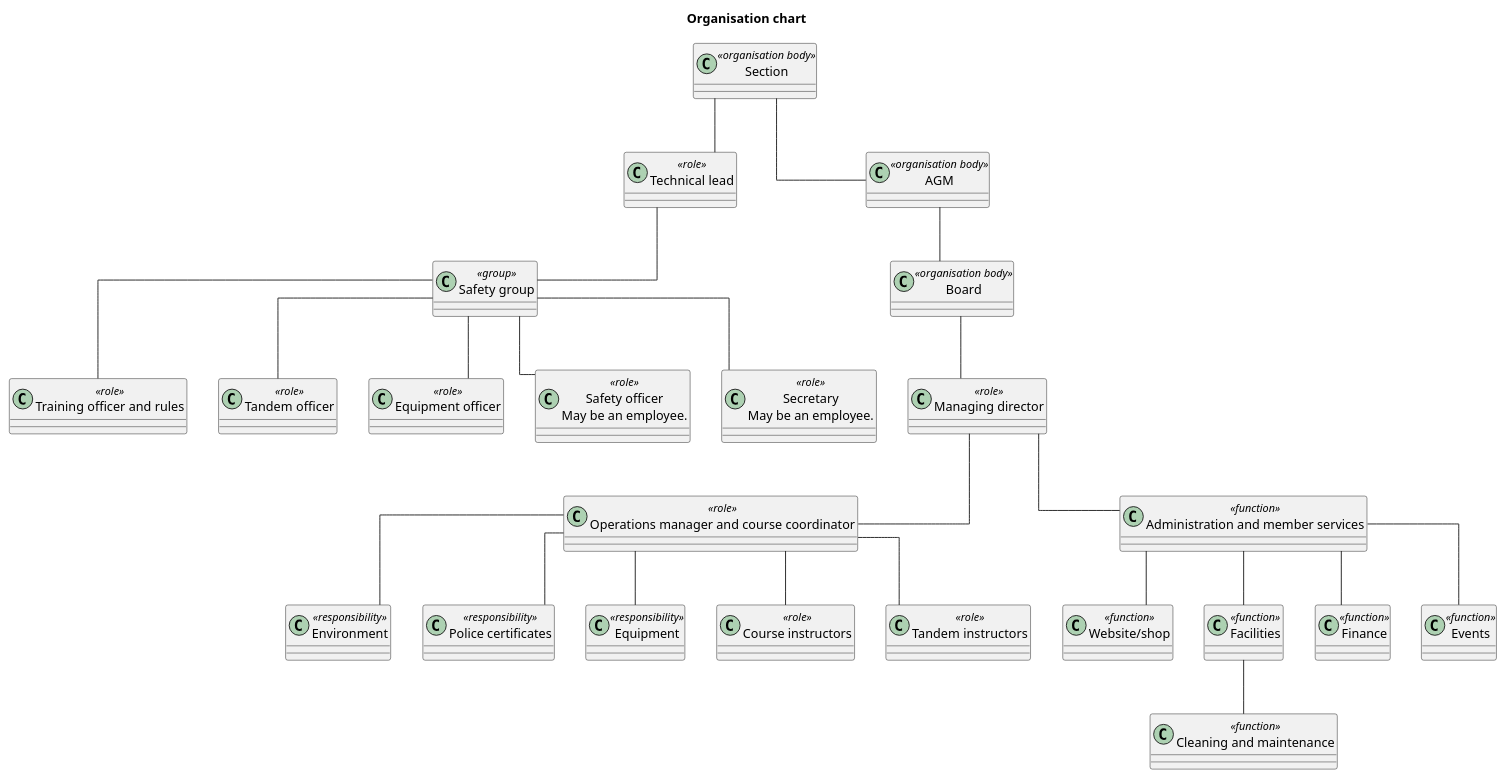
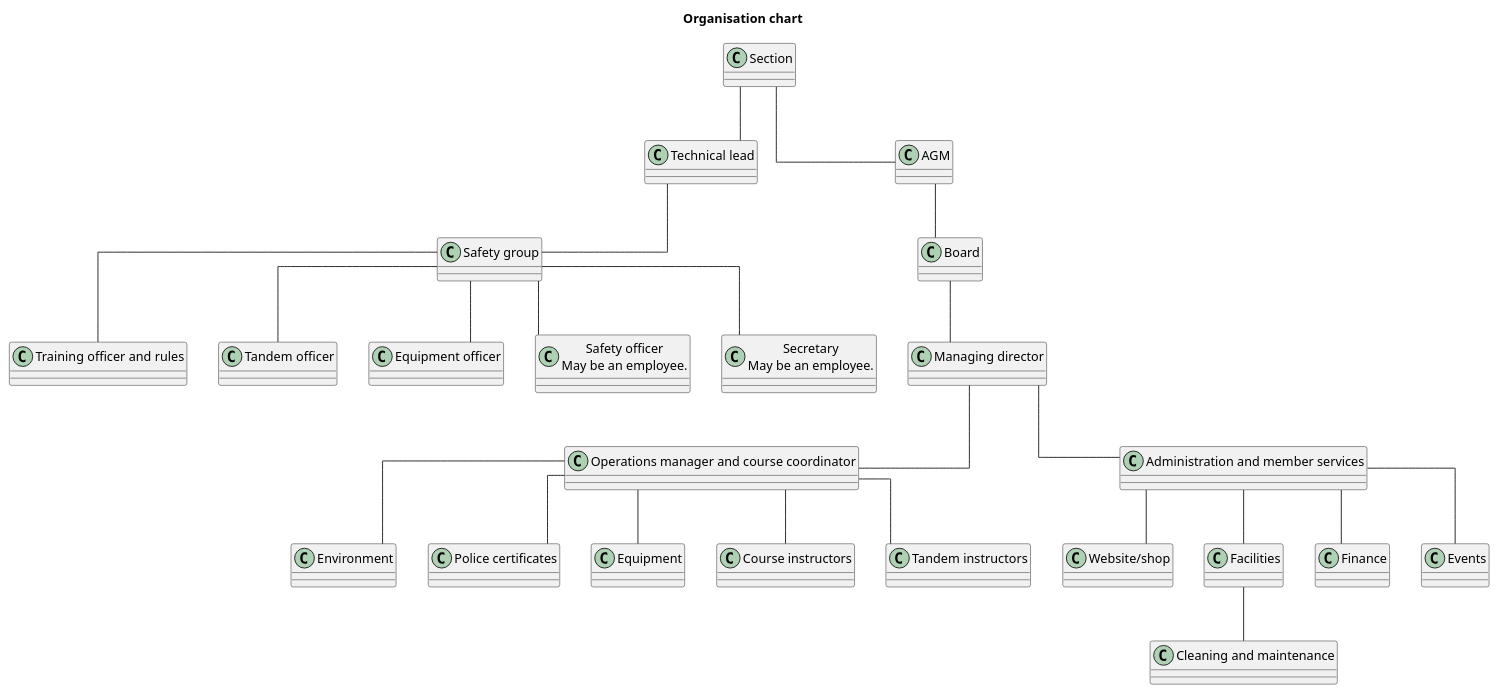
Before and after one commit to vosshpk/wiki: the diagram in en/governance/organisation-plan.md, drawn with PlantUML. The commit also changed 3 other files, not shown here.

Commit message:
Org. plan + strategy update and UML

````diff
--- a/en/governance/organisation-plan.md
+++ b/en/governance/organisation-plan.md
@@ -9,53 +9,53 @@
 ```plantuml
 title Organisation chart
 top to bottom direction
 skinparam classAttributeIconSize 0
 skinparam linetype ortho
 
-class "Section" as Section <<organisation body>>
-class "Technical lead" as TechnicalLead <<role>>
-class "Safety group" as SafetyGroup <<group>>
-class "Training officer and rules" as TrainingRules <<role>>
-class "Tandem officer" as TandemOfficer <<role>>
-class "Equipment officer" as EquipmentOfficer <<role>>
-class "Safety officer\nMay be an employee." as SafetyOfficer <<role>>
-class "Secretary\nMay be an employee." as Secretary <<role>>
-class "AGM" as AGM <<organisation body>>
-class "Board" as Board <<organisation body>>
-class "Managing director" as ManagingDirector <<role>>
-class "Operations manager and course coordinator" as OperationsCourse <<role>>
-class "Environment" as Environment <<responsibility>>
-class "Police certificates" as PoliceCertificates <<responsibility>>
-class "Equipment" as Equipment <<responsibility>>
-class "Course instructors" as CourseInstructors <<role>>
-class "Tandem instructors" as TandemInstructors <<role>>
-class "Administration and member services" as Administration <<function>>
-class "Website/shop" as WebsiteShop <<function>>
-class "Facilities" as Facilities <<function>>
-class "Cleaning and maintenance" as CleaningMaintenance <<function>>
-class "Finance" as Finance <<function>>
-class "Events" as Events <<function>>
+class "Section" as Section
+class "Technical lead" as TechnicalLead
+class "Safety group" as SafetyGroup
+class "Training officer and rules" as TrainingRules
+class "Tandem officer" as TandemOfficer
+class "Equipment officer" as EquipmentOfficer
+class "Safety officer\nMay be an employee." as SafetyOfficer
+class "Secretary\nMay be an employee." as Secretary
+class "AGM" as AGM
+class "Board" as Board
+class "Managing director" as ManagingDirector
+class "Operations manager and course coordinator" as OperationsCourse
+class "Environment" as Environment
+class "Police certificates" as PoliceCertificates
+class "Equipment" as Equipment
+class "Course instructors" as CourseInstructors
+class "Tandem instructors" as TandemInstructors
+class "Administration and member services" as Administration
+class "Website/shop" as WebsiteShop
+class "Facilities" as Facilities
+class "Cleaning and maintenance" as CleaningMaintenance
+class "Finance" as Finance
+class "Events" as Events
 
 Section -- TechnicalLead
 Section -- AGM
 TechnicalLead -- SafetyGroup
 SafetyGroup -- TrainingRules
 SafetyGroup -- TandemOfficer
 SafetyGroup -- EquipmentOfficer
 SafetyGroup -- SafetyOfficer
 SafetyGroup -- Secretary
 AGM -- Board
 Board -- ManagingDirector
 ManagingDirector -- OperationsCourse
 OperationsCourse -- Environment
 OperationsCourse -- PoliceCertificates
 OperationsCourse -- Equipment
 OperationsCourse -- CourseInstructors
 OperationsCourse -- TandemInstructors
 ManagingDirector -- Administration
 Administration -- WebsiteShop
 Administration -- Facilities
 Facilities -- CleaningMaintenance
 Administration -- Finance
 Administration -- Events
 ```
````
